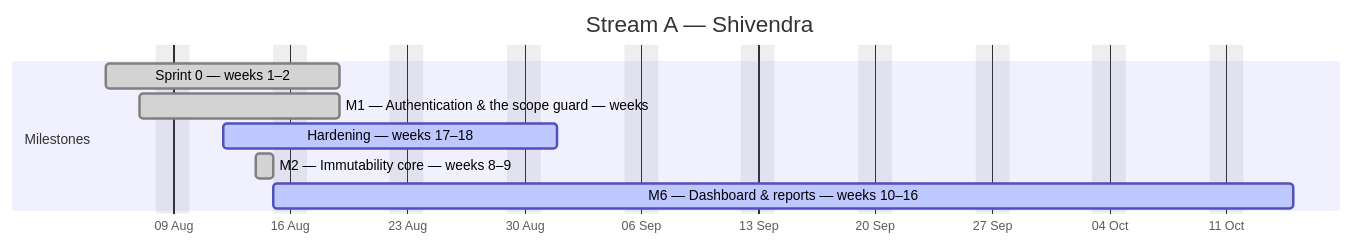
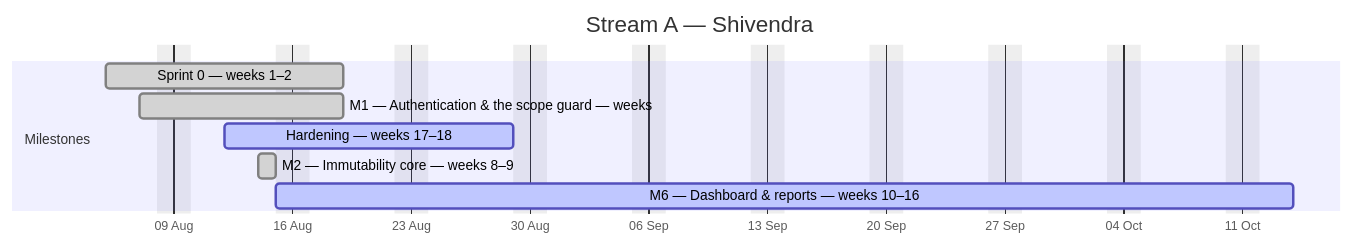
The first of 4 diagrams in docs/plan/GANTT.md (debashisedunext/EduTrack), drawn with Mermaid before and after one commit. The commit also changed other lines of this file and 3 other files, not shown here.

````diff
--- a/docs/plan/GANTT.md
+++ b/docs/plan/GANTT.md
@@ -109,13 +108,13 @@
 ```mermaid
 gantt
     dateFormat YYYY-MM-DD
     axisFormat %d %b
     title Stream A — Shivendra
     excludes weekends
     section Milestones
     Sprint 0 — weeks 1–2 :done, a0, 2026-08-05, 10d
     M1 — Authentication & the scope guard — weeks :done, a1, 2026-08-07, 8d
-    Hardening — weeks 17–18 :active, a2, 2026-08-12, 14d
+    Hardening — weeks 17–18 :active, a2, 2026-08-12, 13d
     M2 — Immutability core — weeks 8–9 :done, a3, 2026-08-14, 1d
-    M6 — Dashboard & reports — weeks 10–16 :active, a4, 2026-08-15, 44d
+    M6 — Dashboard & reports — weeks 10–16 :active, a4, 2026-08-15, 43d
 ```
````
